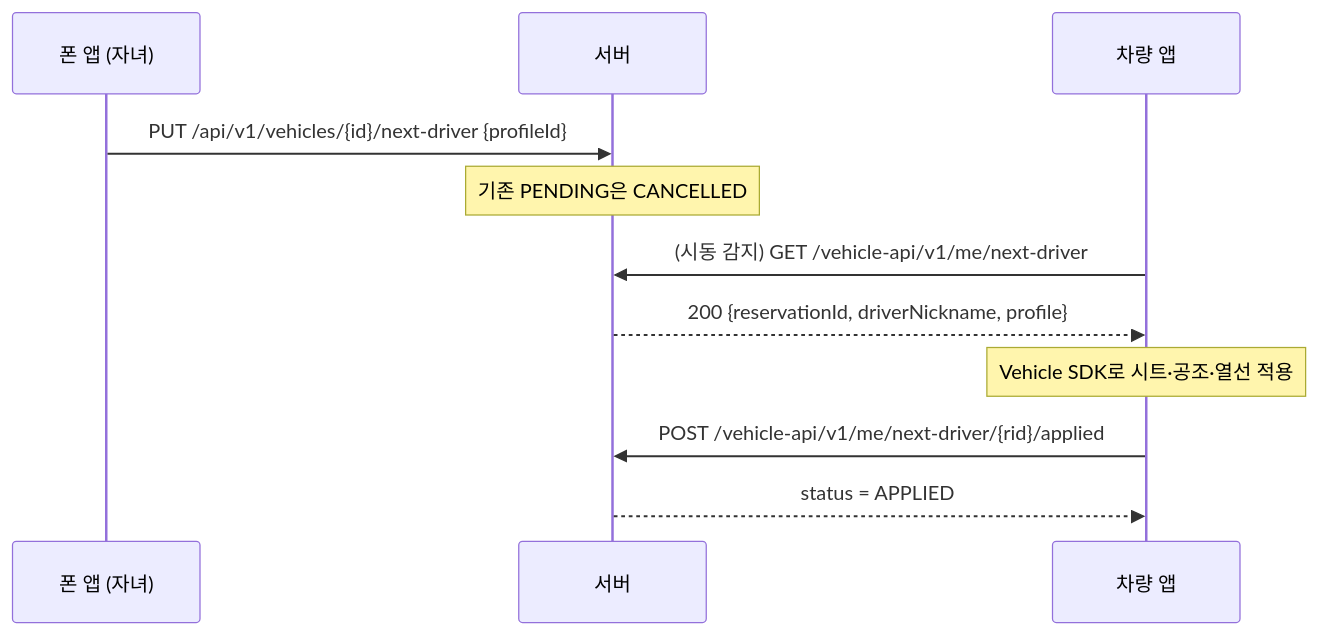
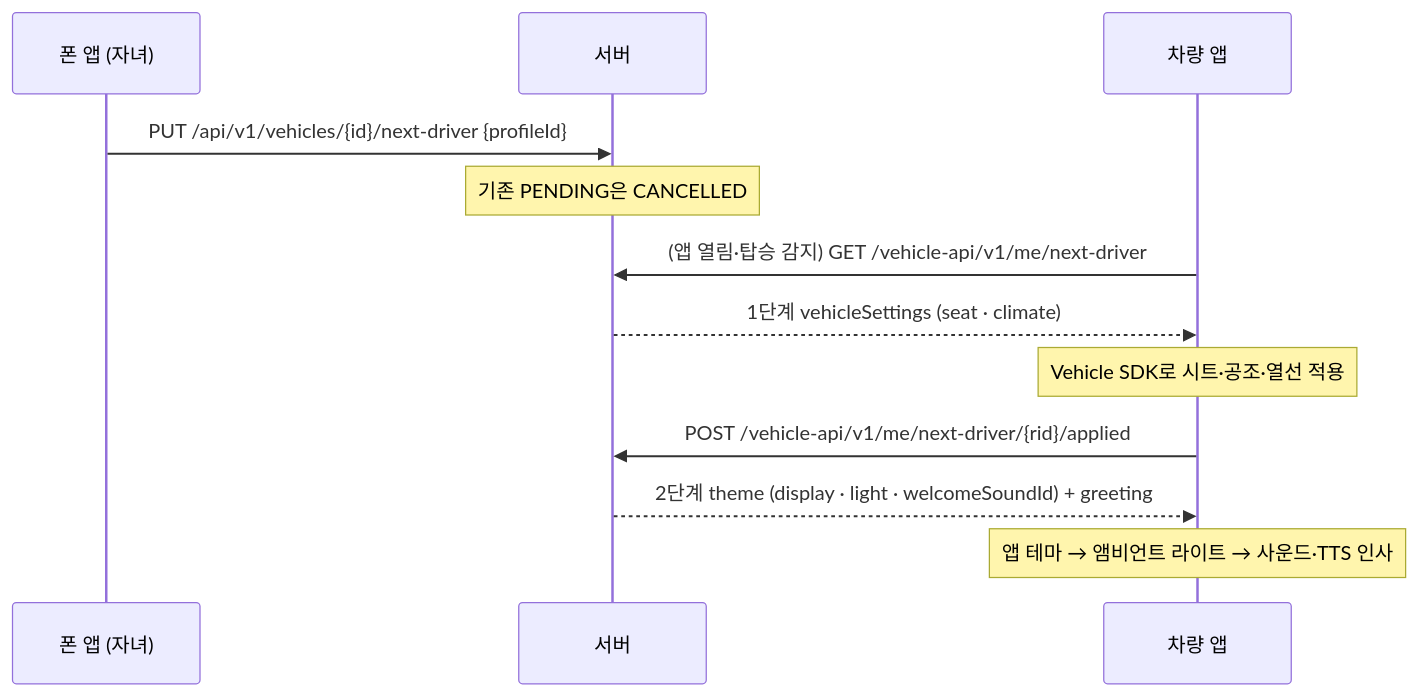
Before and after one commit to HyunPer/BE: the fourth of 5 diagrams in docs/DESIGN.md, drawn with Mermaid. The commit also changed other lines of this file and 23 other files, not shown here.

````diff
--- a/docs/DESIGN.md
+++ b/docs/DESIGN.md
@@ -66,13 +76,14 @@
 ```mermaid
 sequenceDiagram
   participant P as 폰 앱 (자녀)
   participant S as 서버
   participant V as 차량 앱
   P->>S: PUT /api/v1/vehicles/{id}/next-driver {profileId}
   Note over S: 기존 PENDING은 CANCELLED
-  V->>S: (시동 감지) GET /vehicle-api/v1/me/next-driver
-  S-->>V: 200 {reservationId, driverNickname, profile}
+  V->>S: (앱 열림·탑승 감지) GET /vehicle-api/v1/me/next-driver
+  S-->>V: 1단계 vehicleSettings (seat · climate)
   Note over V: Vehicle SDK로 시트·공조·열선 적용
   V->>S: POST /vehicle-api/v1/me/next-driver/{rid}/applied
-  S-->>V: status = APPLIED
+  S-->>V: 2단계 theme (display · light · welcomeSoundId) + greeting
+  Note over V: 앱 테마 → 앰비언트 라이트 → 사운드·TTS 인사
 ```
````
